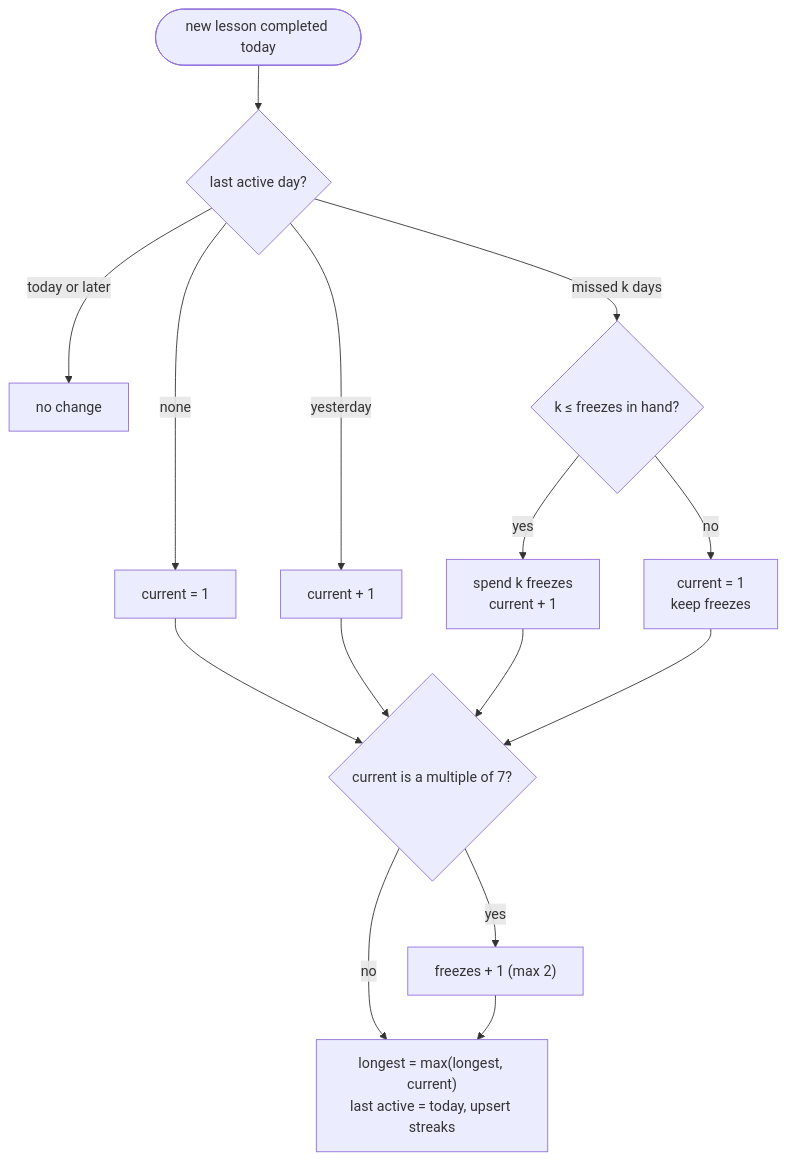
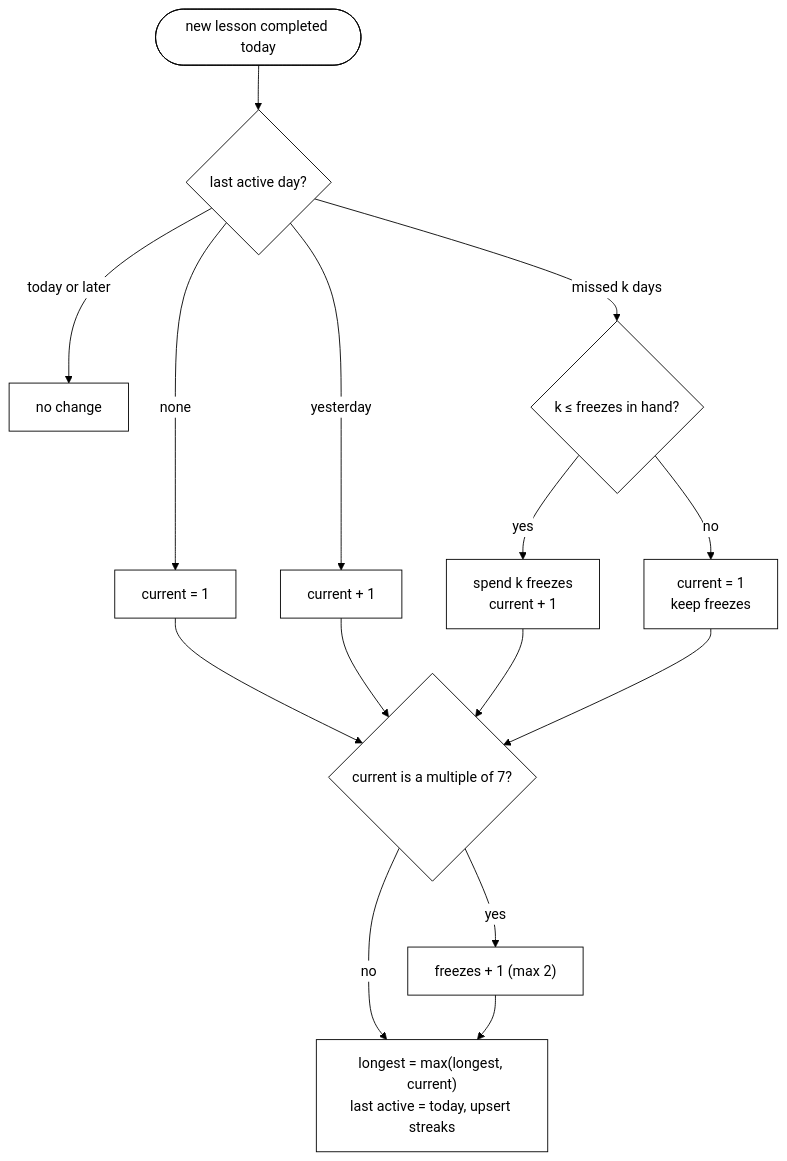
Before and after one commit to Hritik-sharmaa/loophole: diagram 13 of 14 in docs/diagrams/architecture.md, drawn with Mermaid. The commit also changed other lines of this file and 4 other files, not shown here.

Commit message:
docs: add architecture and system design diagrams with documentation

````diff
--- a/docs/diagrams/architecture.md
+++ b/docs/diagrams/architecture.md
@@ -734,17 +876,18 @@
 ```mermaid
+%%{init: {"theme": "base", "themeVariables": {"background": "#ffffff", "primaryColor": "#ffffff", "primaryTextColor": "#000000", "primaryBorderColor": "#000000", "lineColor": "#000000", "textColor": "#000000", "mainBkg": "#ffffff", "nodeBorder": "#000000", "edgeLabelBackground": "#ffffff"}}}%%
 flowchart TD
     start([new lesson completed today]) --> last{last active day?}
     last -- "none" --> first["current = 1"]
     last -- "today or later" --> same["no change"]
     last -- "yesterday" --> plus["current + 1"]
     last -- "missed k days" --> enough{"k ≤ freezes in hand?"}
     enough -- yes --> spend["spend k freezes<br/>current + 1"]
     enough -- no --> reset["current = 1<br/>keep freezes"]
     first --> seventh{"current is a multiple of 7?"}
     plus --> seventh
     spend --> seventh
     reset --> seventh
     seventh -- yes --> earn["freezes + 1 (max 2)"]
     seventh -- no --> save
     earn --> save["longest = max(longest, current)<br/>last active = today, upsert streaks"]
 ```
````
